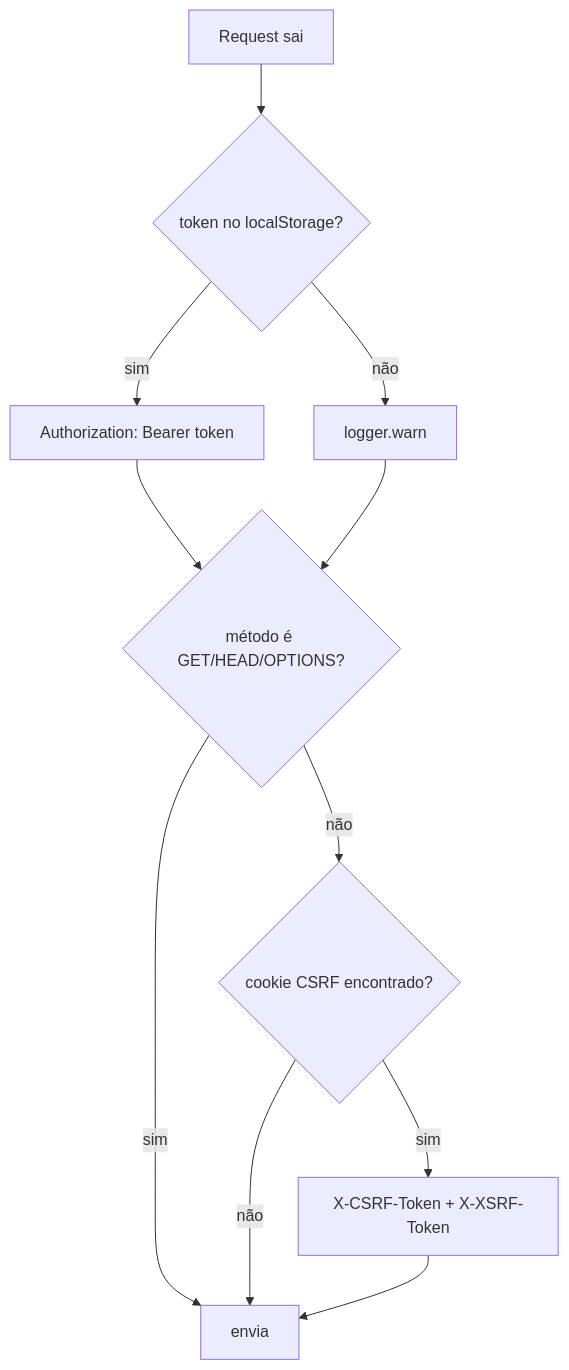
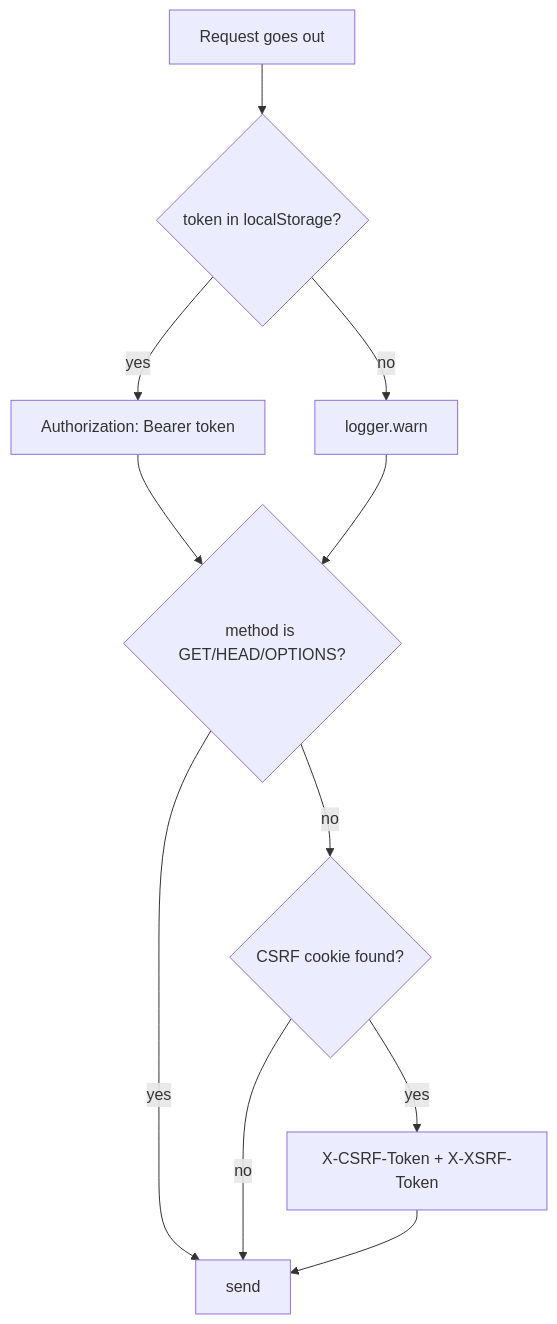
Before and after one commit to Walky-App/walky-admin: diagram 13 of 15 in docs/workflows.md, drawn with Mermaid. The commit also changed other lines of this file and 12 other files, not shown here.

````diff
--- a/docs/workflows.md
+++ b/docs/workflows.md
@@ -682,13 +685,13 @@
 ```mermaid
 flowchart TD
-    Req[Request sai] --> Tok{token no localStorage?}
-    Tok -- sim --> AddAuth[Authorization: Bearer token]
-    Tok -- não --> Warn[logger.warn]
-    AddAuth --> M{método é GET/HEAD/OPTIONS?}
+    Req[Request goes out] --> Tok{token in localStorage?}
+    Tok -- yes --> AddAuth[Authorization: Bearer token]
+    Tok -- no --> Warn[logger.warn]
+    AddAuth --> M{method is GET/HEAD/OPTIONS?}
     Warn --> M
-    M -- sim --> Send[envia]
-    M -- não --> Csrf{cookie CSRF encontrado?}
-    Csrf -- sim --> AddCsrf[X-CSRF-Token + X-XSRF-Token]
-    Csrf -- não --> Send
+    M -- yes --> Send[send]
+    M -- no --> Csrf{CSRF cookie found?}
+    Csrf -- yes --> AddCsrf[X-CSRF-Token + X-XSRF-Token]
+    Csrf -- no --> Send
     AddCsrf --> Send
 ```
````
